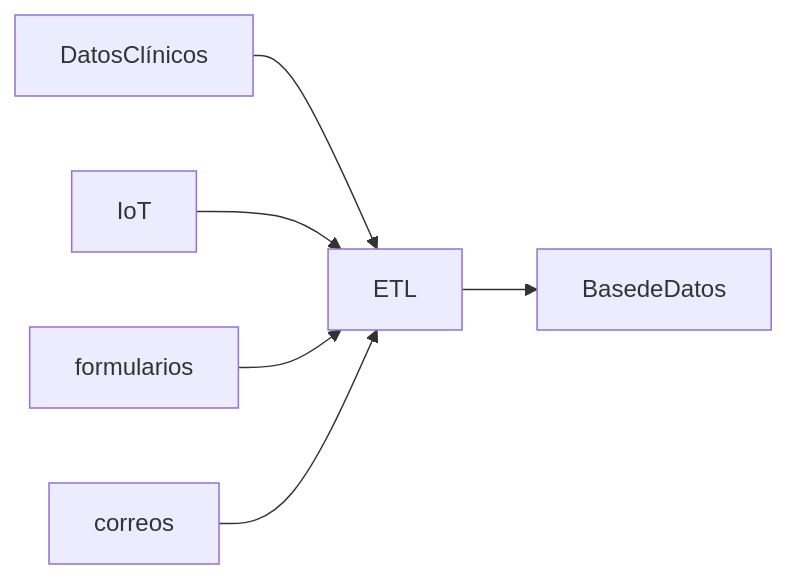
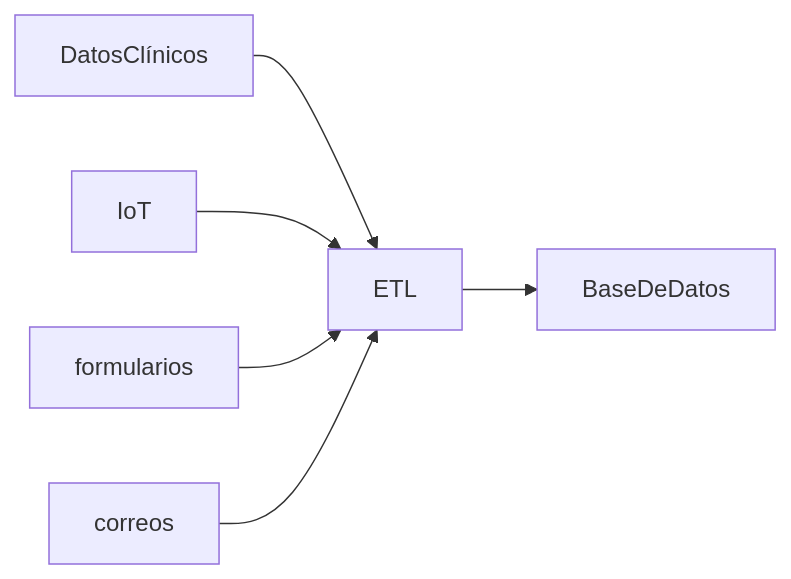
The first of 5 diagrams in README.md (git-jrm/ing-datos-M5), drawn with Mermaid before and after one commit.

````diff
--- a/README.md
+++ b/README.md
@@ -41,8 +41,8 @@
 ```mermaid
 graph LR;
   DatosClínicos-->ETL;
   IoT-->ETL;
   formularios-->ETL;
   correos-->ETL;
-  ETL-->BasedeDatos;
+  ETL-->BaseDeDatos;
 ```
````
